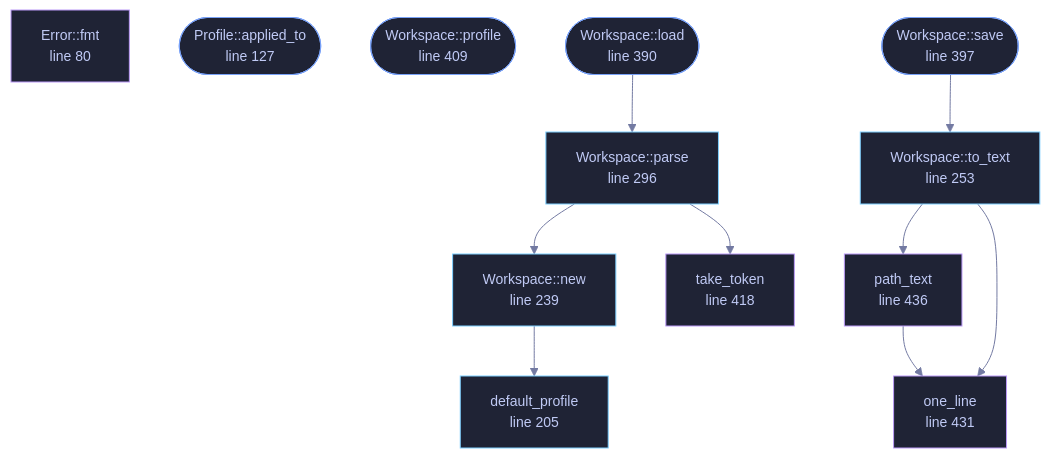
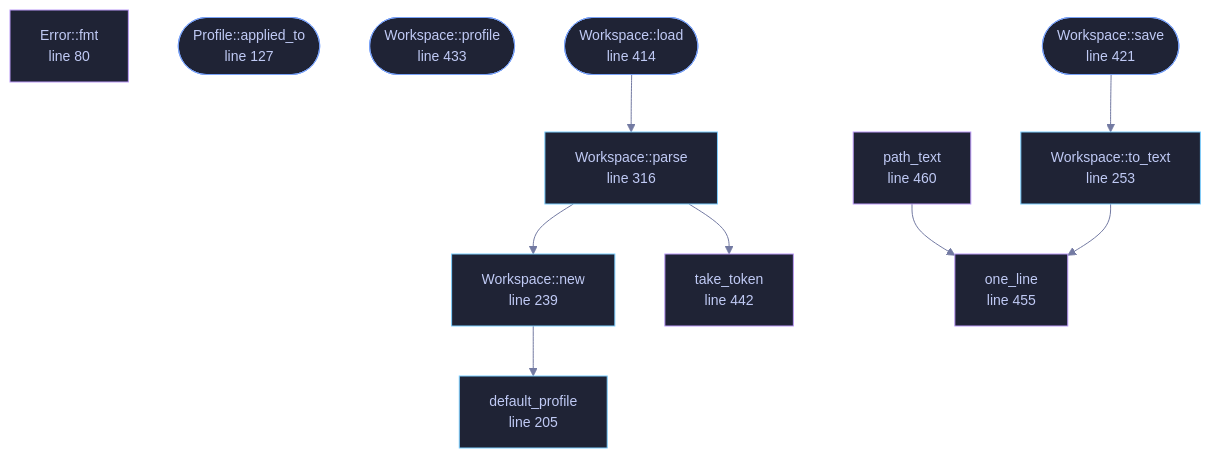
The diagram in docs/files/veilvoice-workspace/lib.md (tilas01/veilvoice), drawn with Mermaid before and after one commit. The commit also changed other lines of this file and 27 other files, not shown here.

````diff
--- a/docs/files/veilvoice-workspace/lib.md
+++ b/docs/files/veilvoice-workspace/lib.md
@@ -121,44 +121,43 @@
 ```mermaid
 %%{init: {"theme":"base","themeVariables":{"background":"#1a1b26","primaryColor":"#1f2335","primaryTextColor":"#c0caf5","primaryBorderColor":"#7aa2f7","secondaryColor":"#16161e","tertiaryColor":"#16161e","lineColor":"#737aa2","textColor":"#c0caf5","mainBkg":"#1f2335","nodeBorder":"#7aa2f7","clusterBkg":"#16161e","clusterBorder":"#2f3549","fontFamily":"ui-monospace, SFMono-Regular, Consolas, monospace","fontSize":"14px"}}}%%
 flowchart TD
     n_fmt["Error::fmt<br/>line 80"]
     n_applied_to(["Profile::applied_to<br/>line 127"])
     n_profile(["profile<br/>line 200"])
     n_default_profile["default_profile<br/>line 205"]
     n_new["Workspace::new<br/>line 239"]
     n_to_text["Workspace::to_text<br/>line 253"]
-    n_parse["Workspace::parse<br/>line 296"]
-    n_load(["Workspace::load<br/>line 390"])
-    n_save(["Workspace::save<br/>line 397"])
-    n_profile(["Workspace::profile<br/>line 409"])
-    n_take_token["take_token<br/>line 418"]
-    n_one_line["one_line<br/>line 431"]
-    n_path_text["path_text<br/>line 436"]
+    n_parse["Workspace::parse<br/>line 316"]
+    n_load(["Workspace::load<br/>line 414"])
+    n_save(["Workspace::save<br/>line 421"])
+    n_profile(["Workspace::profile<br/>line 433"])
+    n_take_token["take_token<br/>line 442"]
+    n_one_line["one_line<br/>line 455"]
+    n_path_text["path_text<br/>line 460"]
     n_load --> n_parse
     n_new --> n_default_profile
     n_parse --> n_new
     n_parse --> n_take_token
     n_path_text --> n_one_line
     n_save --> n_to_text
     n_to_text --> n_one_line
-    n_to_text --> n_path_text
     click n_fmt href "https://github.com/tilas01/veilvoice/blob/main/crates/veilvoice-workspace/src/lib.rs#L80" "open the source"
     click n_applied_to href "https://github.com/tilas01/veilvoice/blob/main/crates/veilvoice-workspace/src/lib.rs#L127" "open the source"
     click n_profile href "https://github.com/tilas01/veilvoice/blob/main/crates/veilvoice-workspace/src/lib.rs#L200" "open the source"
     click n_default_profile href "https://github.com/tilas01/veilvoice/blob/main/crates/veilvoice-workspace/src/lib.rs#L205" "open the source"
     click n_new href "https://github.com/tilas01/veilvoice/blob/main/crates/veilvoice-workspace/src/lib.rs#L239" "open the source"
     click n_to_text href "https://github.com/tilas01/veilvoice/blob/main/crates/veilvoice-workspace/src/lib.rs#L253" "open the source"
-    click n_parse href "https://github.com/tilas01/veilvoice/blob/main/crates/veilvoice-workspace/src/lib.rs#L296" "open the source"
-    click n_load href "https://github.com/tilas01/veilvoice/blob/main/crates/veilvoice-workspace/src/lib.rs#L390" "open the source"
-    click n_save href "https://github.com/tilas01/veilvoice/blob/main/crates/veilvoice-workspace/src/lib.rs#L397" "open the source"
-    click n_profile href "https://github.com/tilas01/veilvoice/blob/main/crates/veilvoice-workspace/src/lib.rs#L409" "open the source"
-    click n_take_token href "https://github.com/tilas01/veilvoice/blob/main/crates/veilvoice-workspace/src/lib.rs#L418" "open the source"
-    click n_one_line href "https://github.com/tilas01/veilvoice/blob/main/crates/veilvoice-workspace/src/lib.rs#L431" "open the source"
-    click n_path_text href "https://github.com/tilas01/veilvoice/blob/main/crates/veilvoice-workspace/src/lib.rs#L436" "open the source"
+    click n_parse href "https://github.com/tilas01/veilvoice/blob/main/crates/veilvoice-workspace/src/lib.rs#L316" "open the source"
+    click n_load href "https://github.com/tilas01/veilvoice/blob/main/crates/veilvoice-workspace/src/lib.rs#L414" "open the source"
+    click n_save href "https://github.com/tilas01/veilvoice/blob/main/crates/veilvoice-workspace/src/lib.rs#L421" "open the source"
+    click n_profile href "https://github.com/tilas01/veilvoice/blob/main/crates/veilvoice-workspace/src/lib.rs#L433" "open the source"
+    click n_take_token href "https://github.com/tilas01/veilvoice/blob/main/crates/veilvoice-workspace/src/lib.rs#L442" "open the source"
+    click n_one_line href "https://github.com/tilas01/veilvoice/blob/main/crates/veilvoice-workspace/src/lib.rs#L455" "open the source"
+    click n_path_text href "https://github.com/tilas01/veilvoice/blob/main/crates/veilvoice-workspace/src/lib.rs#L460" "open the source"
     classDef entry fill:#1f2335,stroke:#7aa2f7,color:#c0caf5
     class n_applied_to,n_profile,n_load,n_save,n_profile entry
     classDef api fill:#1f2335,stroke:#7dcfff,color:#c0caf5
     class n_default_profile,n_new,n_to_text,n_parse api
     classDef helper fill:#1f2335,stroke:#bb9af7,color:#c0caf5
     class n_fmt,n_take_token,n_one_line,n_path_text helper
 ```
````
